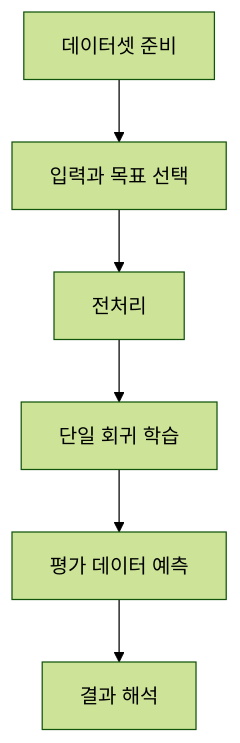
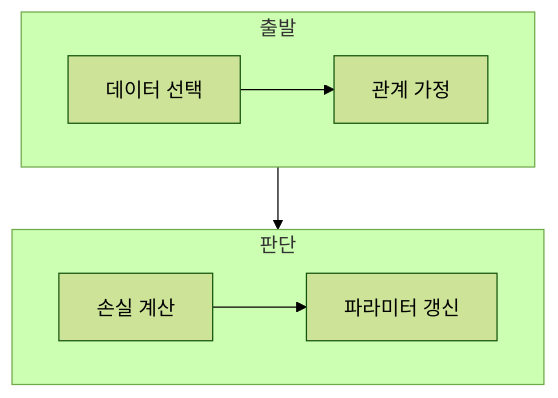
The diagram in ComputerScience/03_ai-ml-data/machine-learning/notes/01. 선형 회귀 실습 설계.md (umyunsang/edu), drawn with Mermaid (forest theme) before and after one commit. The commit also changed other lines of this file and 8 other files, not shown here.

````diff
--- a/ComputerScience/03_ai-ml-data/machine-learning/notes/01. 선형 회귀 실습 설계.md
+++ b/ComputerScience/03_ai-ml-data/machine-learning/notes/01. 선형 회귀 실습 설계.md
@@ -20,8 +23,12 @@
 ```mermaid
-flowchart TD
-  A[데이터셋 준비] --> B[입력과 목표 선택]
-  B --> C[전처리]
-  C --> D[단일 회귀 학습]
-  D --> E[평가 데이터 예측]
-  E --> F[결과 해석]
+flowchart TB
+    subgraph Input[출발]
+        direction LR
+        A[데이터 선택] --> B[관계 가정]
+    end
+    subgraph Decision[판단]
+        direction LR
+        C[손실 계산] --> D[파라미터 갱신]
+    end
+    B --> C
 ```
````
